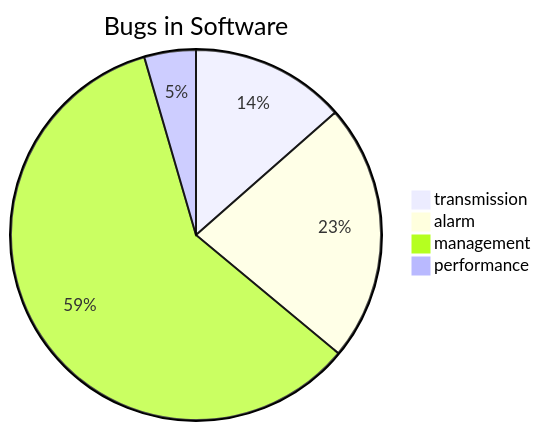
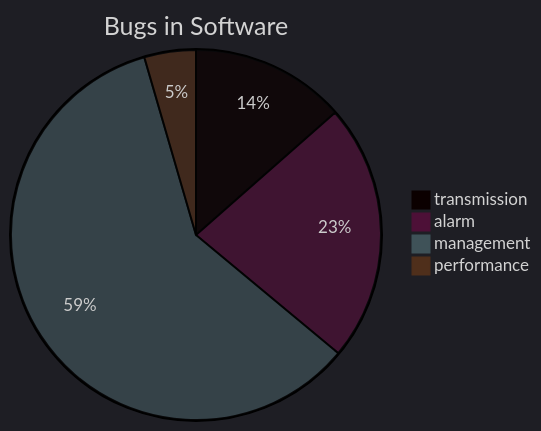
One commit to jeffatoptics/jeff-minima changed the eighth of 10 diagrams in _posts/2022-05-01-test-mathjax-with-mermaid.md. Above: the diagram before and after it, drawn with Mermaid. The commit also changed 3 other files, not shown here.

```diff
--- a/_posts/2022-05-01-test-mathjax-with-mermaid.md
+++ b/_posts/2022-05-01-test-mathjax-with-mermaid.md
@@ -120,10 +120,10 @@
 <div class="mermaid">
-%%{init: {'theme':'default', 'themeVariables': { 'darkMode': false}}}%%
+%%{init: {'theme': 'dark', 'themeVariables': { 'darkMode': false}}}%%
 
 pie
     title Bugs in Software
     "transmission" : 15.00
     "alarm" : 25
     "management" : 66
     "performance" : 5
 </div>
```
